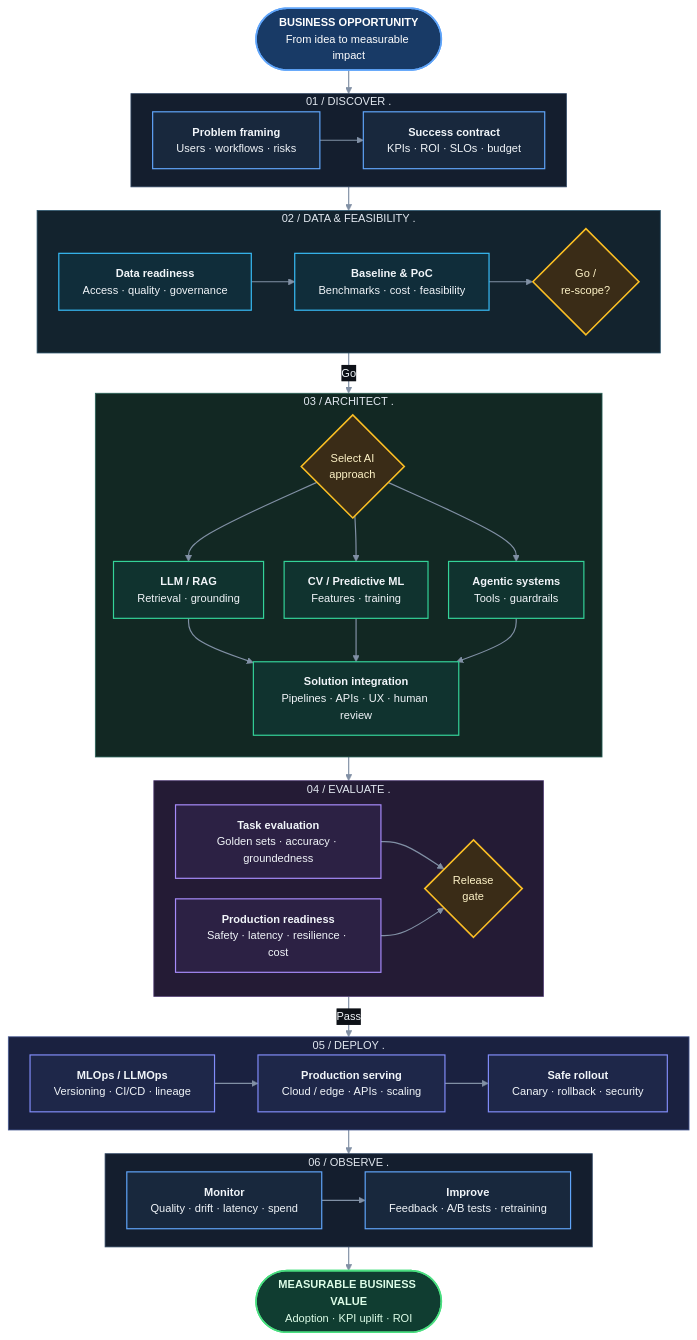
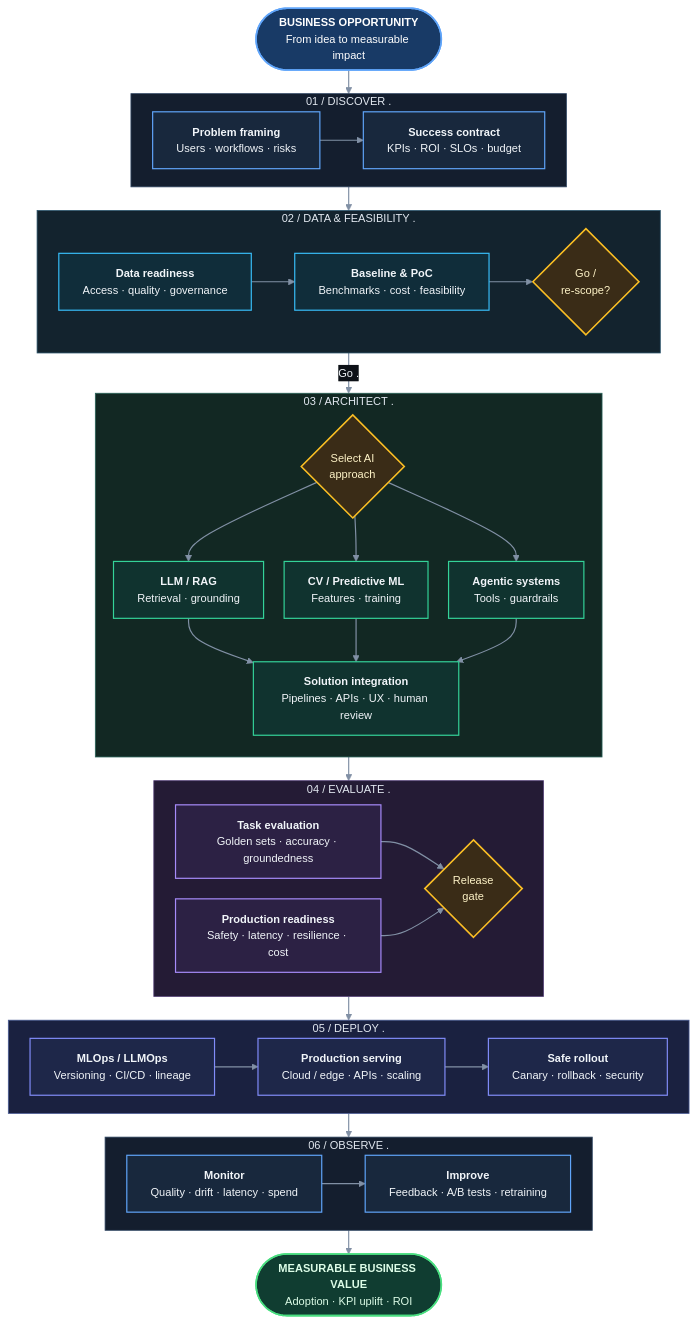
The diagram in README.md (Daniil-Horobets/Daniil-Horobets), drawn with Mermaid before and after one commit.

````diff
--- a/README.md
+++ b/README.md
@@ -91,77 +91,77 @@
 ```mermaid
 %%{init: {"theme":"base","themeVariables":{"background":"#0D1117","primaryColor":"#111827","primaryTextColor":"#F1F5F9","primaryBorderColor":"#334155","lineColor":"#8291A7","clusterBkg":"#151D2B","clusterBorder":"#344256","textColor":"#F1F5F9","edgeLabelBackground":"#0D1117","fontFamily":"Inter, Segoe UI, Arial, sans-serif","fontSize":"14px"},"flowchart":{"curve":"basis","nodeSpacing":26,"rankSpacing":30,"htmlLabels":true}}}%%
 flowchart TB
     START(["<b>BUSINESS OPPORTUNITY</b><br/>From idea to measurable impact"]):::hero
 
     subgraph S1["01  /  DISCOVER         ."]
         direction LR
         A["<b>Problem framing</b><br/>Users · workflows · risks"]:::blue
         B["<b>Success contract</b><br/>KPIs · ROI · SLOs · budget"]:::blue
         A --> B
     end
 
     subgraph S2["02  /  DATA & FEASIBILITY         ."]
         direction LR
         C["<b>Data readiness</b><br/>Access · quality · governance"]:::cyan
         D["<b>Baseline & PoC</b><br/>Benchmarks · cost · feasibility"]:::cyan
         E{"Go /<br/>re-scope?"}:::decision
         C --> D --> E
     end
 
     subgraph S3["03  /  ARCHITECT         ."]
         direction TB
         F{"Select AI<br/>approach"}:::decision
         G["<b>LLM / RAG</b><br/>Retrieval · grounding"]:::teal
         H["<b>CV / Predictive ML</b><br/>Features · training"]:::teal
         I["<b>Agentic systems</b><br/>Tools · guardrails"]:::teal
         J["<b>Solution integration</b><br/>Pipelines · APIs · UX · human review"]:::teal
         F --> G & H & I
         G & H & I --> J
     end
 
     subgraph S4["04  /  EVALUATE         ."]
         direction LR
         K["<b>Task evaluation</b><br/>Golden sets · accuracy · groundedness"]:::violet
         L["<b>Production readiness</b><br/>Safety · latency · resilience · cost"]:::violet
         M{"Release<br/>gate"}:::decision
         K --> M
         L --> M
     end
 
     subgraph S5["05  /  DEPLOY         ."]
         direction LR
         N["<b>MLOps / LLMOps</b><br/>Versioning · CI/CD · lineage"]:::indigo
         O["<b>Production serving</b><br/>Cloud / edge · APIs · scaling"]:::indigo
         P["<b>Safe rollout</b><br/>Canary · rollback · security"]:::indigo
         N --> O --> P
     end
 
     subgraph S6["06  /  OBSERVE         ."]
         direction LR
         Q["<b>Monitor</b><br/>Quality · drift · latency · spend"]:::blue
         R["<b>Improve</b><br/>Feedback · A/B tests · retraining"]:::blue
         Q --> R
     end
 
     RESULT(["<b>MEASURABLE BUSINESS VALUE</b><br/>Adoption · KPI uplift · ROI"]):::success
 
-    START --> S1 --> S2 -->|Go| S3 --> S4 -->|Pass| S5 --> S6 --> RESULT
+    START --> S1 --> S2 -->|Go   .| S3 --> S4 --> S5 --> S6 --> RESULT
 
     classDef hero fill:#183A66,stroke:#60A5FA,color:#FFFFFF,stroke-width:2px;
     classDef blue fill:#18283D,stroke:#60A5FA,color:#F1F5F9,stroke-width:1.5px;
     classDef cyan fill:#102D3A,stroke:#38BDF8,color:#F1F5F9,stroke-width:1.5px;
     classDef teal fill:#10332F,stroke:#34D399,color:#F1F5F9,stroke-width:1.5px;
     classDef violet fill:#2C2144,stroke:#A78BFA,color:#F1F5F9,stroke-width:1.5px;
     classDef indigo fill:#1E2749,stroke:#818CF8,color:#F1F5F9,stroke-width:1.5px;
     classDef decision fill:#3A2C17,stroke:#FBBF24,color:#FEF3C7,stroke-width:2px;
     classDef success fill:#103D31,stroke:#4ADE80,color:#DCFCE7,stroke-width:2px;
 
     style S1 fill:#141E2E,stroke:#334965,stroke-width:1px,color:#E2E8F0
     style S2 fill:#13232E,stroke:#285169,stroke-width:1px,color:#E2E8F0
     style S3 fill:#122823,stroke:#276258,stroke-width:1px,color:#E2E8F0
     style S4 fill:#241B35,stroke:#564279,stroke-width:1px,color:#E2E8F0
     style S5 fill:#1A2140,stroke:#485A93,stroke-width:1px,color:#E2E8F0
     style S6 fill:#141E2E,stroke:#334965,stroke-width:1px,color:#E2E8F0
 
     linkStyle default stroke:#8190A5,stroke-width:1.5px;
 ```
````
